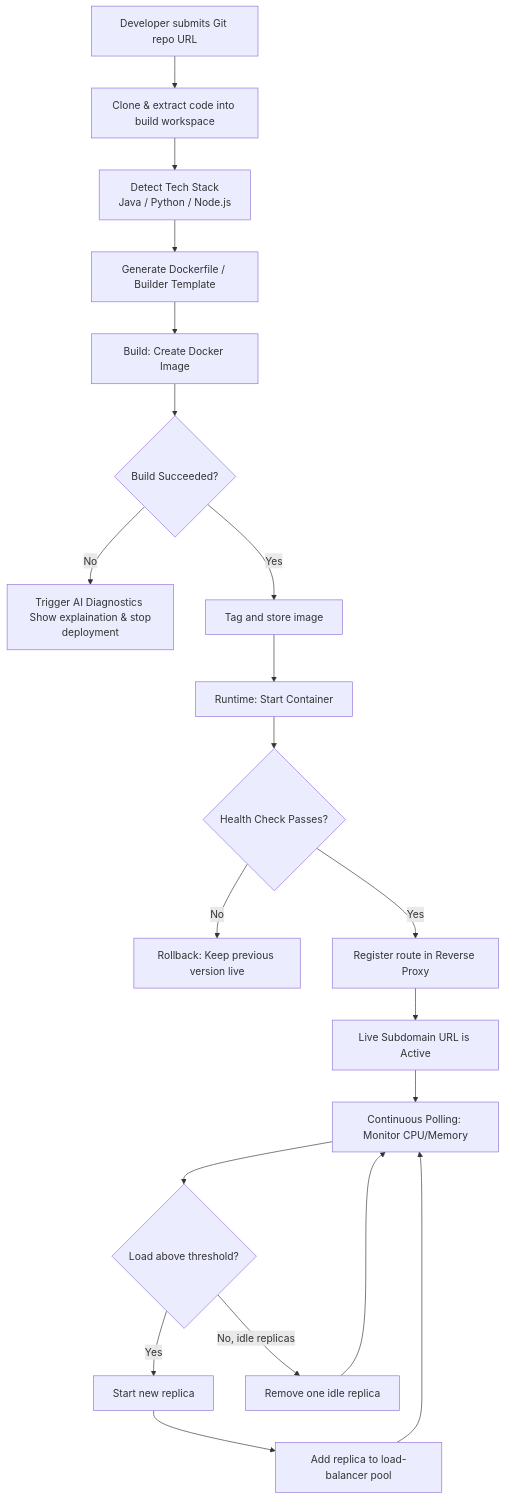
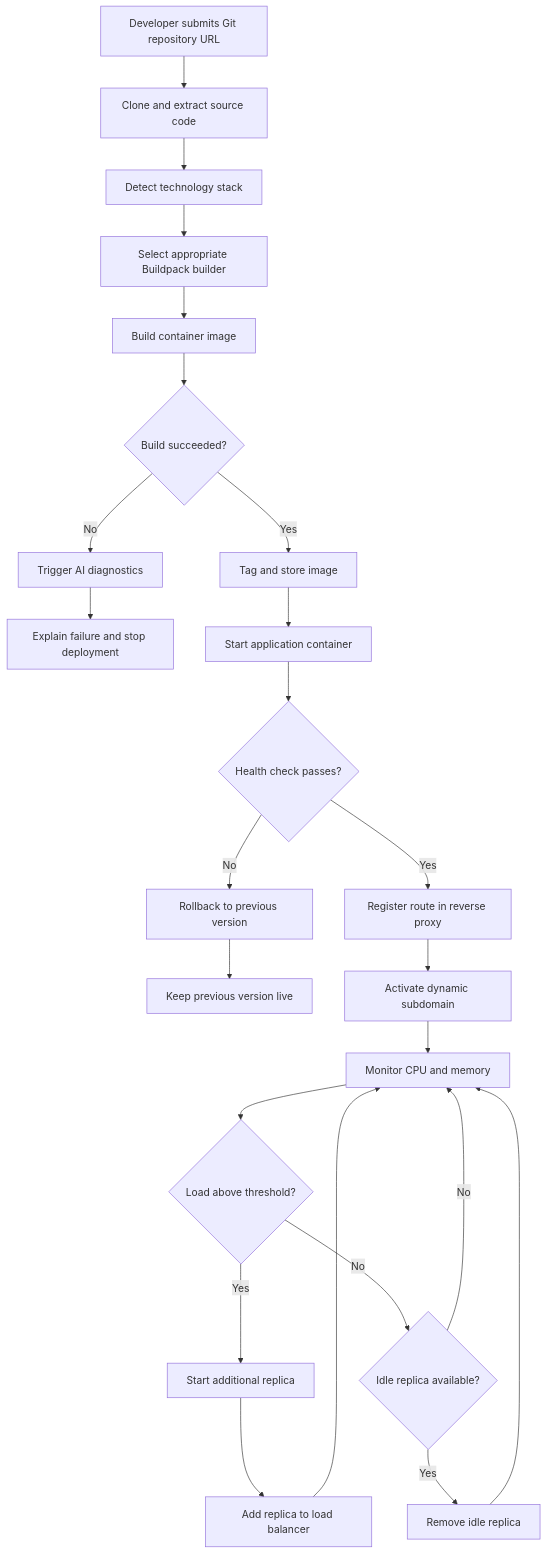
Before and after one commit to TalhahTahir/Nexora: the diagram in README.md, drawn with Mermaid. The commit also changed other lines of this file, not shown here.

````diff
--- a/README.md
+++ b/README.md
@@ -24,29 +31,38 @@
 ```mermaid
 graph TD
-    A[Developer submits Git repo URL] --> B[Clone & extract code into build workspace]
-    B --> C[Detect Tech Stack <br> Java / Python / Node.js]
-    C --> D[Generate Dockerfile / Builder Template]
-    D --> E[Build: Create Docker Image]
-    
-    E --> F{Build Succeeded?}
-    F -- No --> G[Trigger AI Diagnostics <br> Show explaination & stop deployment]
-    F -- Yes --> H[Tag and store image]
-    
-    H --> I[Runtime: Start Container]
-    I --> J{Health Check Passes?}
-    
-    J -- No --> K[Rollback: Keep previous version live]
-    J -- Yes --> L[Register route in Reverse Proxy]
-    
-    L --> M[Live Subdomain URL is Active]
-    
-    M --> N[Continuous Polling: Monitor CPU/Memory]
-    N --> O{Load above threshold?}
-    
-    O -- Yes --> P[Start new replica]
-    P --> Q[Add replica to load-balancer pool]
-    Q --> N
-    
-    O -- No, idle replicas --> R[Remove one idle replica]
-    R --> N
+    A[Developer submits Git repository URL] --> B[Clone and extract source code]
+
+    B --> C[Detect technology stack]
+    C --> D[Select appropriate Buildpack builder]
+
+    D --> E[Build container image]
+    E --> F{Build succeeded?}
+
+    F -- No --> G[Trigger AI diagnostics]
+    G --> H[Explain failure and stop deployment]
+
+    F -- Yes --> I[Tag and store image]
+
+    I --> J[Start application container]
+    J --> K{Health check passes?}
+
+    K -- No --> L[Rollback to previous version]
+    L --> M[Keep previous version live]
+
+    K -- Yes --> N[Register route in reverse proxy]
+    N --> O[Activate dynamic subdomain]
+
+    O --> P[Monitor CPU and memory]
+    P --> Q{Load above threshold?}
+
+    Q -- Yes --> R[Start additional replica]
+    R --> S[Add replica to load balancer]
+    S --> P
+
+    Q -- No --> T{Idle replica available?}
+
+    T -- Yes --> U[Remove idle replica]
+    U --> P
+
+    T -- No --> P
 ```
````
